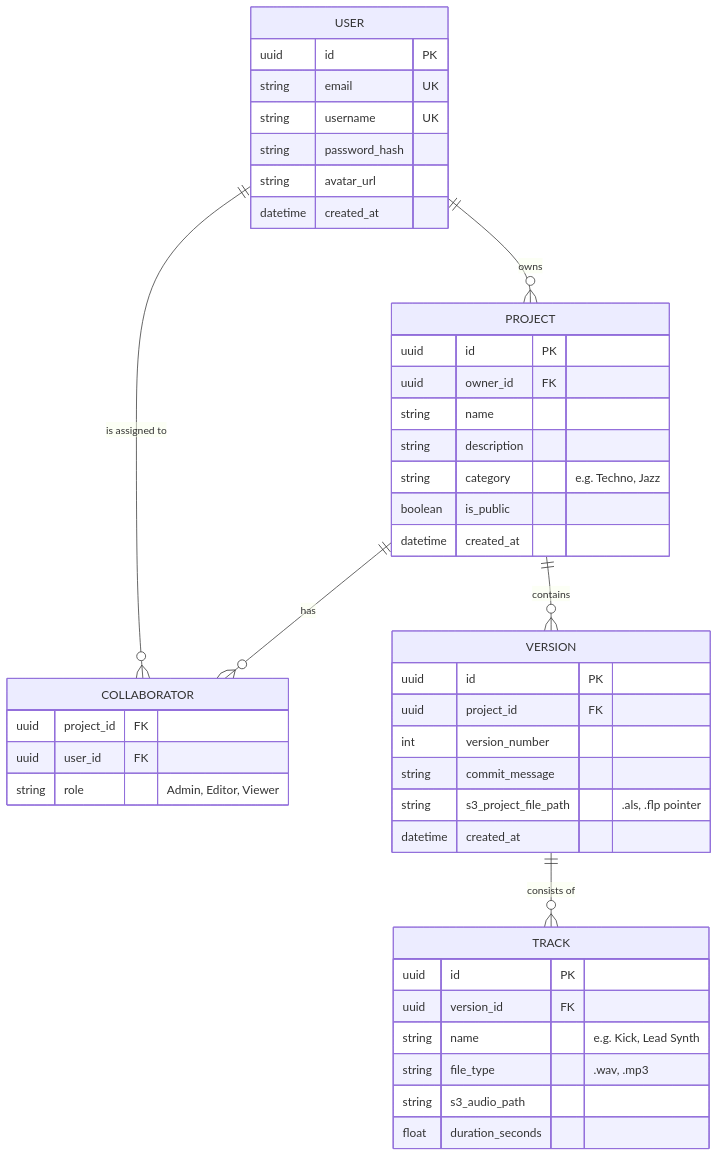
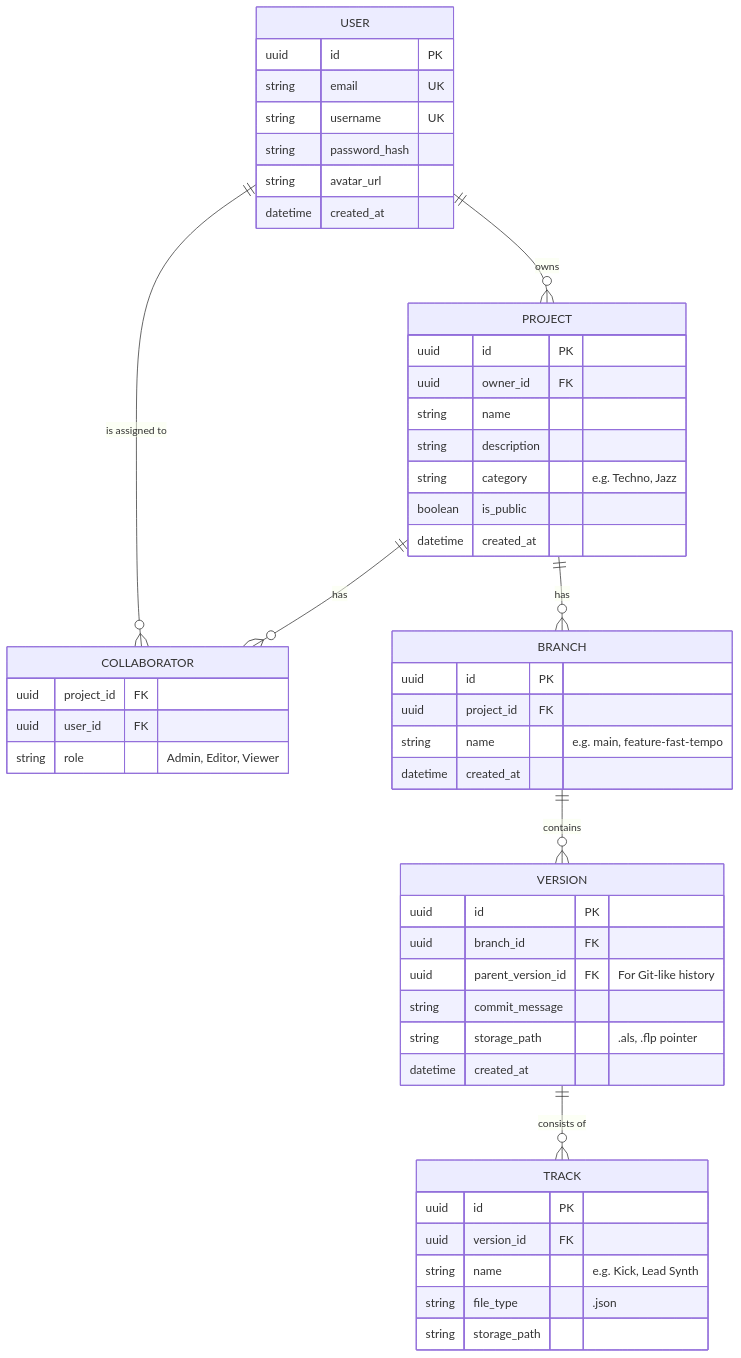
Before and after one commit to stemhub-org/Stemhub: the diagram in docs/DATA_API_MODELING.md, drawn with Mermaid. The commit also changed other lines of this file, not shown here.

````diff
--- a/docs/DATA_API_MODELING.md
+++ b/docs/DATA_API_MODELING.md
@@ -11,51 +11,58 @@
 ```mermaid
 erDiagram
     USER ||--o{ PROJECT : owns
     USER ||--o{ COLLABORATOR : "is assigned to"
-    PROJECT ||--o{ VERSION : contains
+    PROJECT ||--o{ BRANCH : has
     PROJECT ||--o{ COLLABORATOR : has
+    BRANCH ||--o{ VERSION : contains
     VERSION ||--o{ TRACK : "consists of"
     
     USER {
         uuid id PK
         string email UK
         string username UK
         string password_hash
         string avatar_url
         datetime created_at
     }
 
     PROJECT {
         uuid id PK
         uuid owner_id FK
         string name
         string description
         string category "e.g. Techno, Jazz"
         boolean is_public
         datetime created_at
     }
 
     COLLABORATOR {
         uuid project_id FK
         uuid user_id FK
         string role "Admin, Editor, Viewer"
     }
 
+    BRANCH {
+        uuid id PK
+        uuid project_id FK
+        string name "e.g. main, feature-fast-tempo"
+        datetime created_at
+    }
+
     VERSION {
         uuid id PK
-        uuid project_id FK
-        int version_number
+        uuid branch_id FK
+        uuid parent_version_id FK "For Git-like history"
         string commit_message
-        string s3_project_file_path ".als, .flp pointer"
+        string storage_path ".als, .flp pointer"
         datetime created_at
     }
 
     TRACK {
         uuid id PK
         uuid version_id FK
         string name "e.g. Kick, Lead Synth"
-        string file_type ".wav, .mp3"
-        string s3_audio_path
-        float duration_seconds
+        string file_type ".json"
+        string storage_path
     }
 ```
````
